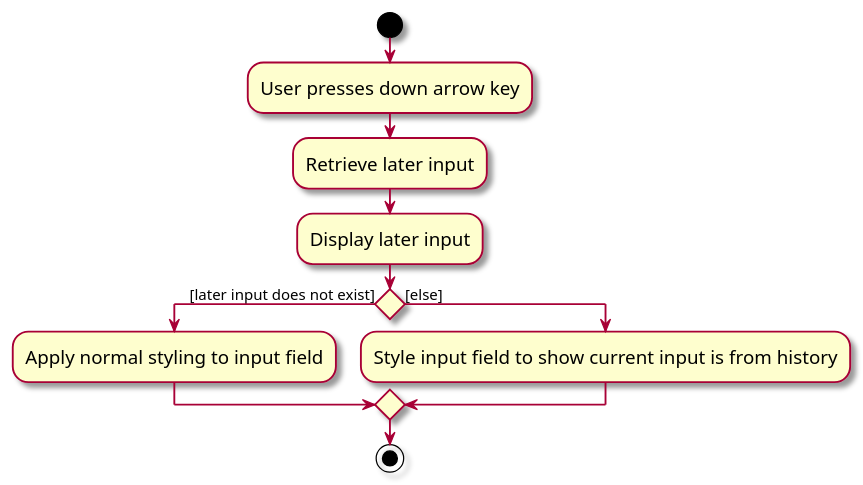
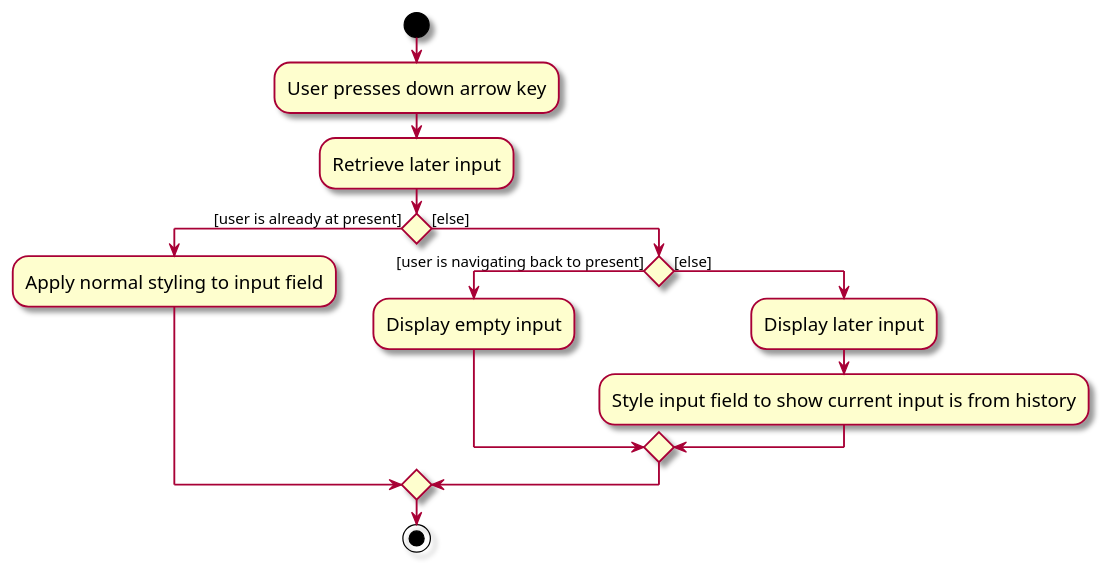
The diagram in diagrams/RetrieveLaterInputActivityDiagram.puml (AY2526S2-CS2103-T11-4/tp), drawn with PlantUML before and after one commit. The commit also changed 23 other files, not shown here.

```diff
--- a/diagrams/RetrieveLaterInputActivityDiagram.puml
+++ b/diagrams/RetrieveLaterInputActivityDiagram.puml
@@ -1,19 +1,23 @@
 @startuml
 skin rose
 skinparam ActivityFontSize 15
 skinparam ArrowFontSize 12
 start
 
 :User presses down arrow key;
 
 :Retrieve later input;
 
-:Display later input;
-
-if () then ([later input does not exist])
+if () then ([user is already at present])
     :Apply normal styling to input field;
 else ([else])
-    :Style input field to show current input is from history;
+    if () then ([user is navigating back to present])
+        :Display empty input;
+    else ([else])
+        :Display later input;
+        :Style input field to show current input is from history;
+    endif
 endif
+
 stop
 @enduml
```
